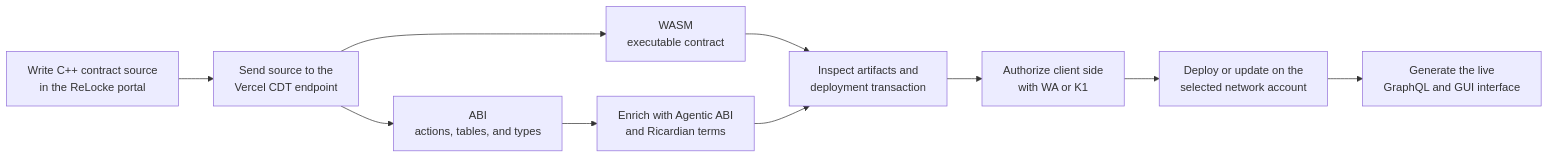
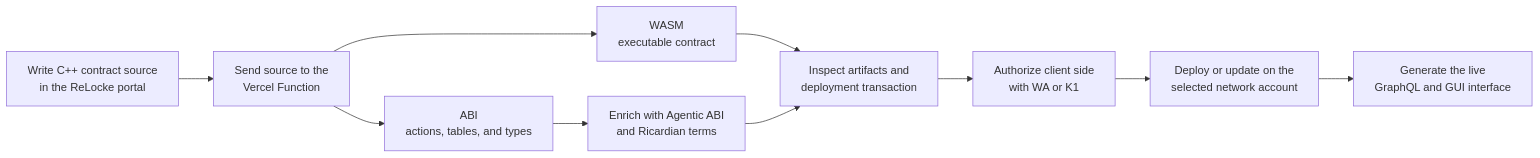
One commit to relocke/.github changed the third of 6 diagrams in WHITEPAPER.md. Above: the diagram before and after it, drawn with Mermaid. The commit also changed other lines of this file and 1 other file, not shown here.

First line of the commit message:
Refine the ReLocke mission and current capabilities

````diff
--- a/WHITEPAPER.md
+++ b/WHITEPAPER.md
@@ -361,12 +371,12 @@
 ```mermaid
 flowchart LR
-    A["Write C++ contract source<br/>in the ReLocke portal"] --> C["Send source to the<br/>Vercel CDT endpoint"]
+    A["Write C++ contract source<br/>in the ReLocke portal"] --> C["Send source to the<br/>Vercel Function"]
     C --> W["WASM<br/>executable contract"]
     C --> B["ABI<br/>actions, tables, and types"]
     B --> E["Enrich with Agentic ABI<br/>and Ricardian terms"]
     W --> R["Inspect artifacts and<br/>deployment transaction"]
     E --> R
     R --> S["Authorize client side<br/>with WA or K1"]
     S --> D["Deploy or update on the<br/>selected network account"]
     D --> G["Generate the live<br/>GraphQL and GUI interface"]
 ```
````
